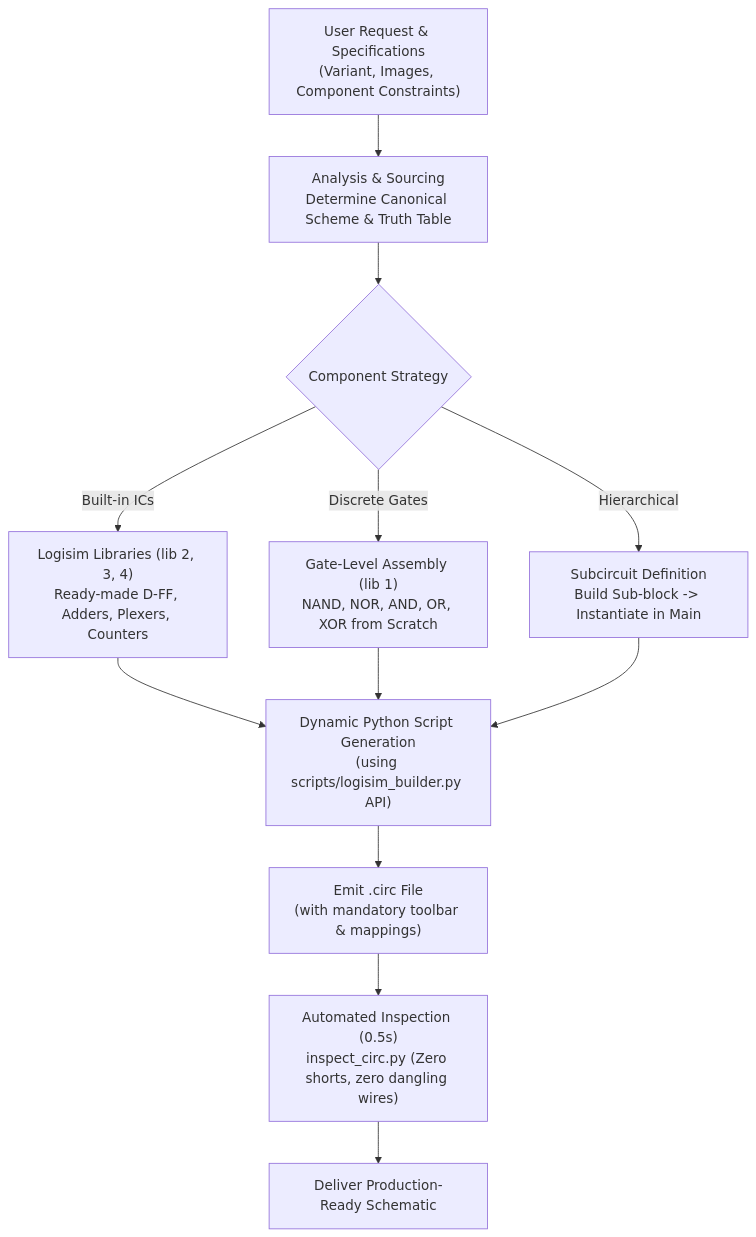
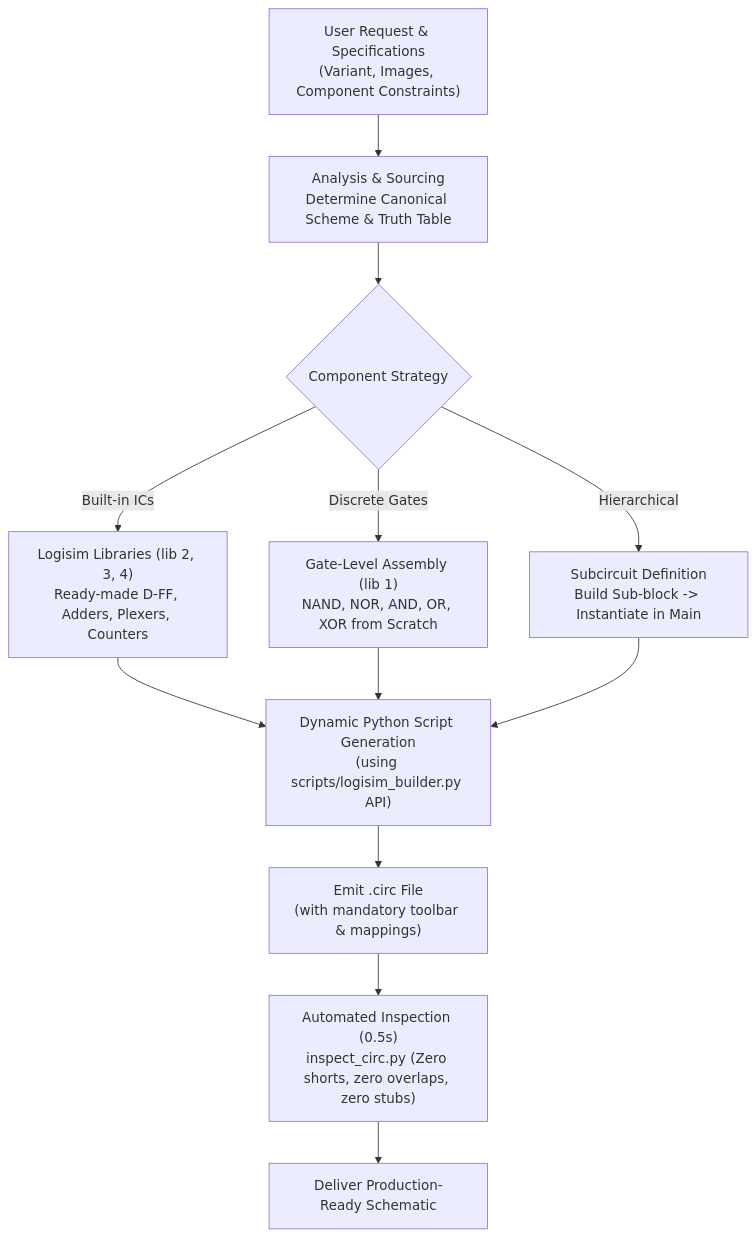
The diagram in SKILL.md (vnkdevelop/LogisimSkill), drawn with Mermaid before and after one commit. The commit also changed other lines of this file and 6 other files, not shown here.

````diff
--- a/SKILL.md
+++ b/SKILL.md
@@ -18,17 +18,17 @@
 ```mermaid
 flowchart TD
     Req["User Request & Specifications<br>(Variant, Images, Component Constraints)"] --> Analysis["Analysis & Sourcing<br>Determine Canonical Scheme & Truth Table"]
     Analysis --> Strategy{"Component Strategy"}
     
     Strategy -->|"Built-in ICs"| Macro["Logisim Libraries (lib 2, 3, 4)<br>Ready-made D-FF, Adders, Plexers, Counters"]
     Strategy -->|"Discrete Gates"| Discrete["Gate-Level Assembly (lib 1)<br>NAND, NOR, AND, OR, XOR from Scratch"]
     Strategy -->|"Hierarchical"| Modular["Subcircuit Definition<br>Build Sub-block -> Instantiate in Main"]
     
     Macro --> ScriptGen["Dynamic Python Script Generation<br>(using scripts/logisim_builder.py API)"]
     Discrete --> ScriptGen
     Modular --> ScriptGen
     
     ScriptGen --> Save["Emit .circ File<br>(with mandatory toolbar & mappings)"]
-    Save --> Audit["Automated Inspection (0.5s)<br>inspect_circ.py (Zero shorts, zero dangling wires)"]
+    Save --> Audit["Automated Inspection (0.5s)<br>inspect_circ.py (Zero shorts, zero overlaps, zero stubs)"]
     Audit --> Delivery["Deliver Production-Ready Schematic"]
 ```
````
